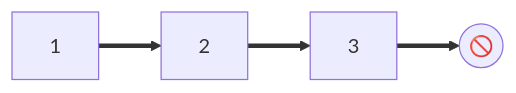
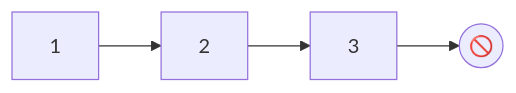
The first of 13 diagrams in _posts/2026-02-15-nuralagus-rex.md (raganwald/raganwald.github.com), drawn with Mermaid before and after one commit. The commit also changed other lines of this file, not shown here.

```diff
--- a/_posts/2026-02-15-nuralagus-rex.md
+++ b/_posts/2026-02-15-nuralagus-rex.md
@@ -23,9 +23,9 @@
 <div class="mermaid">
   graph LR
     b["1"]
     c["2"]
     d["3"]
     Empty(("🚫"))
 
-    b==>c==>d==>Empty
+    b-->c-->d-->Empty
 </div>
```
